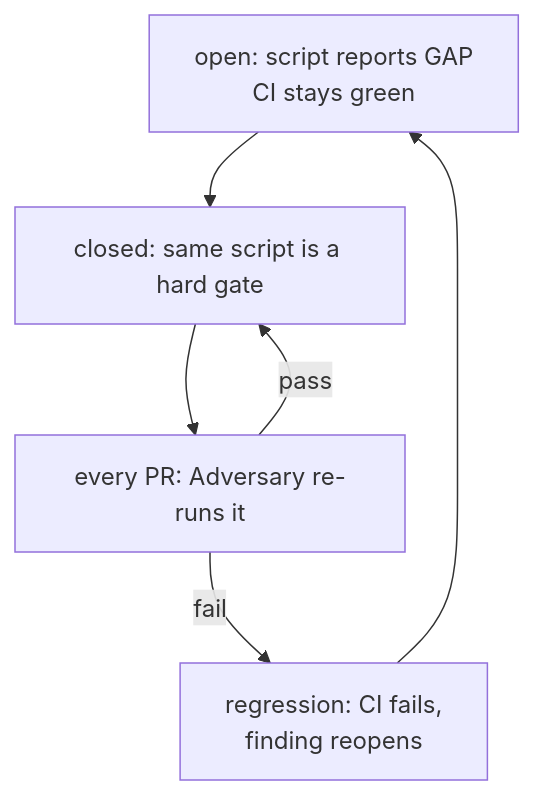
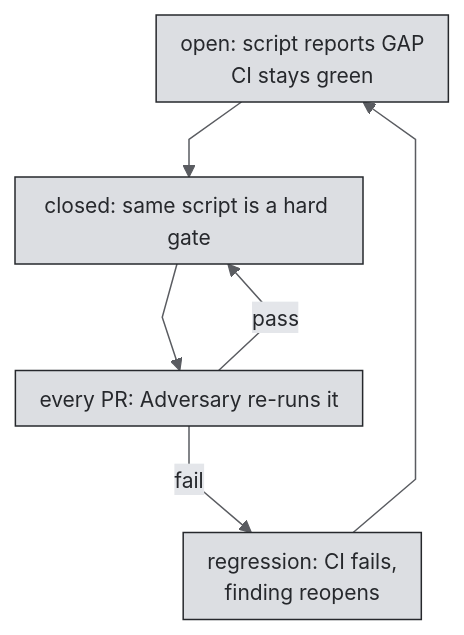
Before and after one commit to RafaelBraga-Kribitz/decision-analytics-reconstruction: the first of 2 diagrams in README.md, drawn with Mermaid. The commit also changed other lines of this file and 2 other files, not shown here.

````diff
--- a/README.md
+++ b/README.md
@@ -12,10 +12,11 @@
 ```mermaid
+%%{init: {"theme":"base","fontFamily":"BKribitz, system-ui, -apple-system, Segoe UI, Helvetica, Arial, sans-serif","themeVariables":{"background":"#E4E6EA","primaryColor":"#DCDEE2","primaryTextColor":"#26282C","primaryBorderColor":"#26282C","secondaryColor":"#E4E6EA","secondaryTextColor":"#26282C","secondaryBorderColor":"#5A5C61","tertiaryColor":"#E4E6EA","tertiaryTextColor":"#26282C","tertiaryBorderColor":"#C2C4CA","lineColor":"#5A5C61","textColor":"#26282C","mainBkg":"#DCDEE2","nodeBorder":"#26282C","clusterBkg":"#E4E6EA","clusterBorder":"#C2C4CA","edgeLabelBackground":"#E4E6EA","titleColor":"#26282C","fontFamily":"BKribitz, system-ui, -apple-system, Segoe UI, Helvetica, Arial, sans-serif","fontSize":"14px"},"flowchart":{"curve":"linear","htmlLabels":true,"padding":8}}}%%
 flowchart TD
     open["open: script reports GAP<br/>CI stays green"]
     closed["closed: same script is a hard gate"]
     adversary["every PR: Adversary re-runs it"]
     reopen["regression: CI fails,<br/>finding reopens"]
     open --> closed --> adversary
     adversary -->|pass| closed
     adversary -->|fail| reopen --> open
 ```
````
